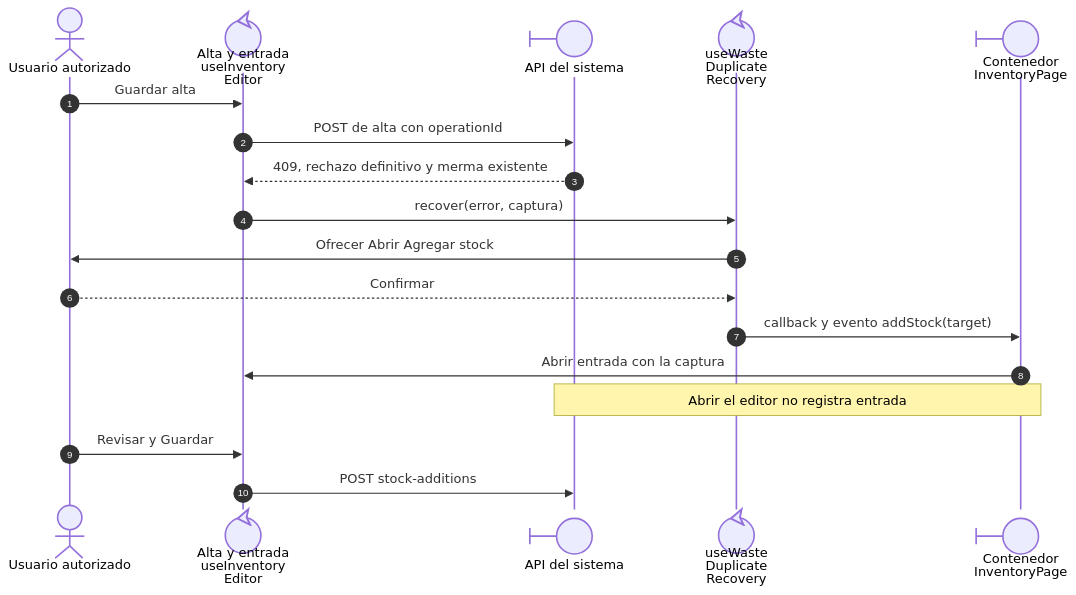
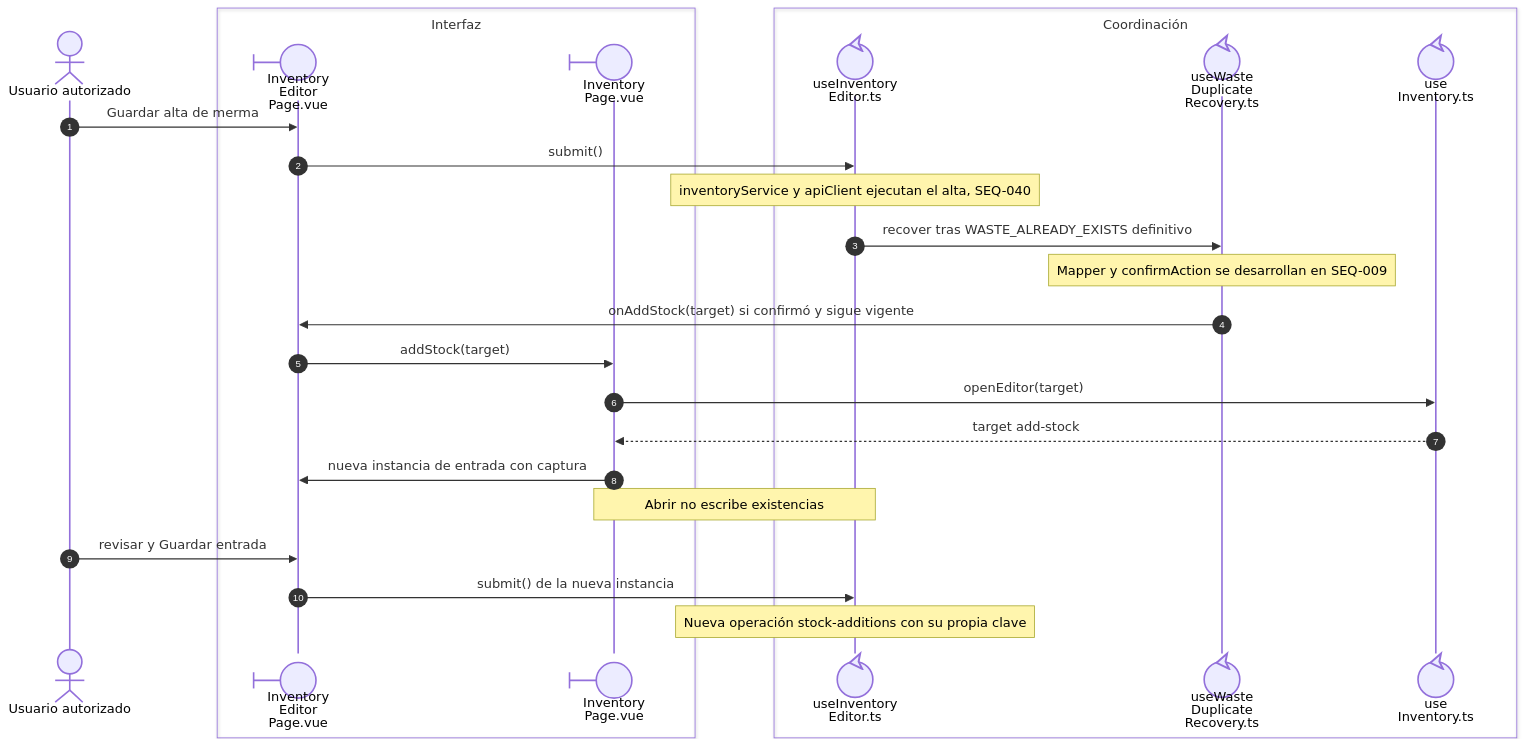
The third of 5 diagrams in front/docs/architecture/views/development/design-and-construction-patterns/03-composables-and-callbacks.md (gpgsistemas01/nexus), drawn with Mermaid before and after one commit. The commit also changed other lines of this file and 46 other files, not shown here.

Commit message:
docs: alinear secuencias Vue con participantes y callbacks reales

````diff
--- a/front/docs/architecture/views/development/design-and-construction-patterns/03-composables-and-callbacks.md
+++ b/front/docs/architecture/views/development/design-and-construction-patterns/03-composables-and-callbacks.md
@@ -86,20 +86,28 @@
 ```mermaid
 sequenceDiagram
     autonumber
     actor U as Usuario autorizado
-    participant E@{ "type": "control" } as Alta y entrada<br/>useInventory<br/>Editor
-    participant A@{ "type": "boundary" } as API del sistema
-    participant R@{ "type": "control" } as useWaste<br/>Duplicate<br/>Recovery
-    participant P@{ "type": "boundary" } as Contenedor<br/>InventoryPage
-    U->>E: Guardar alta
-    E->>A: POST de alta con operationId
-    A-->>E: 409, rechazo definitivo y merma existente
-    E->>R: recover(error, captura)
-    R->>U: Ofrecer Abrir Agregar stock
-    U-->>R: Confirmar
-    R->>P: callback y evento addStock(target)
-    P->>E: Abrir entrada con la captura
-    Note over P,A: Abrir el editor no registra entrada
-    U->>E: Revisar y Guardar
-    E->>A: POST stock-additions
+    box Interfaz
+    participant Page@{ "type": "boundary" } as Inventory<br/>Editor<br/>Page.vue
+    participant Parent@{ "type": "boundary" } as Inventory<br/>Page.vue
+    end
+    box Coordinación
+    participant Editor@{ "type": "control" } as useInventory<br/>Editor.ts
+    participant Recovery@{ "type": "control" } as useWaste<br/>Duplicate<br/>Recovery.ts
+    participant Inventory@{ "type": "control" } as use<br/>Inventory.ts
+    end
+    U->>Page: Guardar alta de merma
+    Page->>Editor: submit()
+    Note over Editor: inventoryService y apiClient ejecutan el alta, SEQ-040
+    Editor->>Recovery: recover tras WASTE_ALREADY_EXISTS definitivo
+    Note over Recovery: Mapper y confirmAction se desarrollan en SEQ-009
+    Recovery->>Page: onAddStock(target) si confirmó y sigue vigente
+    Page->>Parent: addStock(target)
+    Parent->>Inventory: openEditor(target)
+    Inventory-->>Parent: target add-stock
+    Parent->>Page: nueva instancia de entrada con captura
+    Note over Parent,Editor: Abrir no escribe existencias
+    U->>Page: revisar y Guardar entrada
+    Page->>Editor: submit() de la nueva instancia
+    Note over Editor: Nueva operación stock-additions con su propia clave
 ```
````
